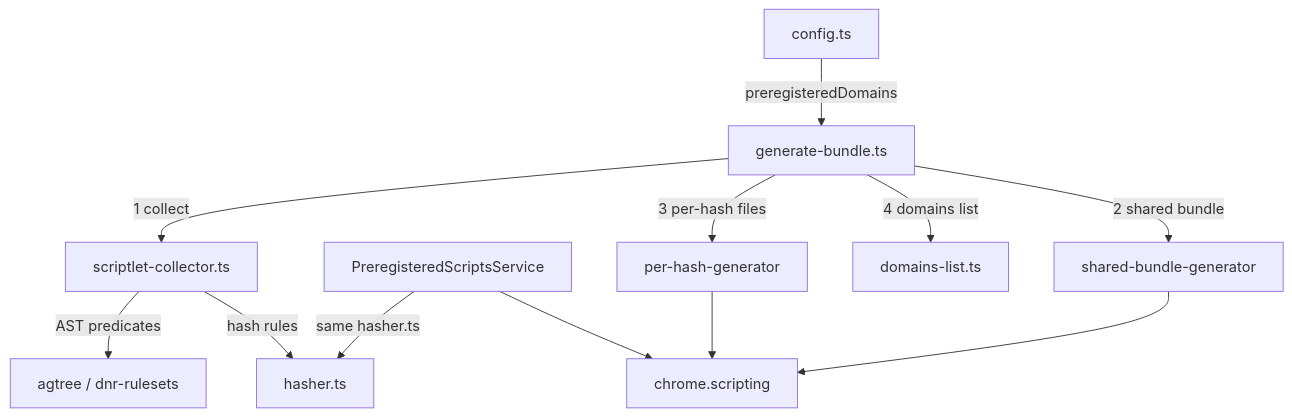
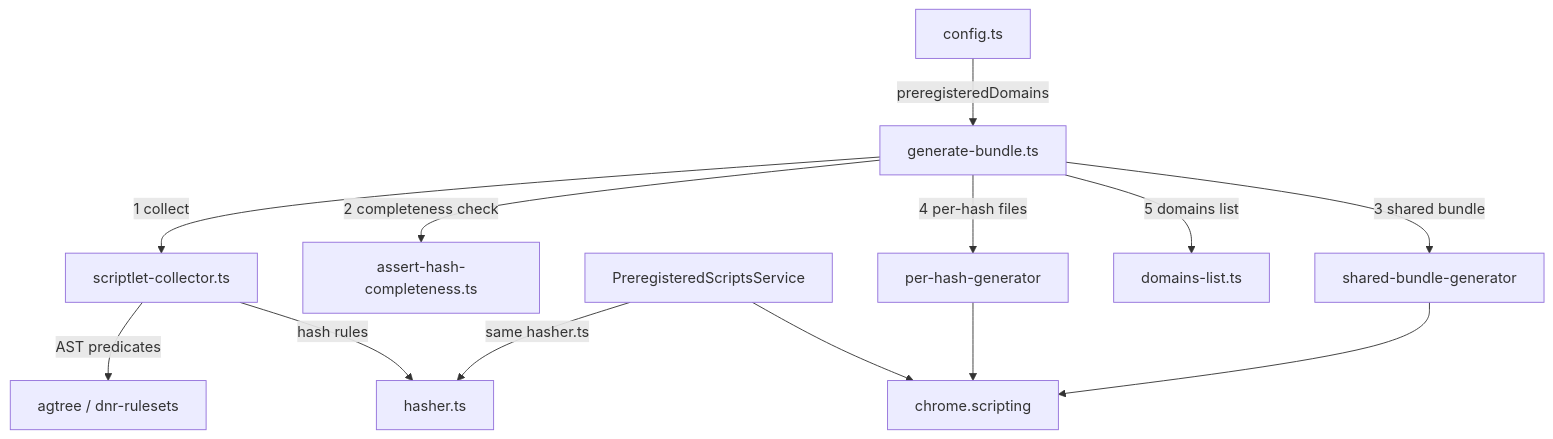
One commit to AdguardTeam/AdguardBrowserExtension changed the diagram in tools/resources/preregistered-scripts/README.md. Above: the diagram before and after it, drawn with Mermaid. The commit also changed other lines of this file and 9 other files, not shown here.

Commit message:
feat: add assertHashCompleteness to validate collected scriptlet hashes against the real engine

````diff
--- a/tools/resources/preregistered-scripts/README.md
+++ b/tools/resources/preregistered-scripts/README.md
@@ -10,14 +10,15 @@
 ```mermaid
 flowchart TD
     CFG[config.ts] -->|preregisteredDomains| GEN[generate-bundle.ts]
     GEN -->|1 collect| SC[scriptlet-collector.ts]
     SC -->|AST predicates| AG[agtree / dnr-rulesets]
     SC -->|hash rules| HASH[hasher.ts]
-    GEN -->|2 shared bundle| SB[shared-bundle-generator]
-    GEN -->|3 per-hash files| PH[per-hash-generator]
-    GEN -->|4 domains list| DL[domains-list.ts]
+    GEN -->|2 completeness check| AHC[assert-hash-completeness.ts]
+    GEN -->|3 shared bundle| SB[shared-bundle-generator]
+    GEN -->|4 per-hash files| PH[per-hash-generator]
+    GEN -->|5 domains list| DL[domains-list.ts]
     RT[PreregisteredScriptsService] -->|same hasher.ts| HASH
     RT --> CP[chrome.scripting]
     PH --> CP
     SB --> CP
 ```
````
